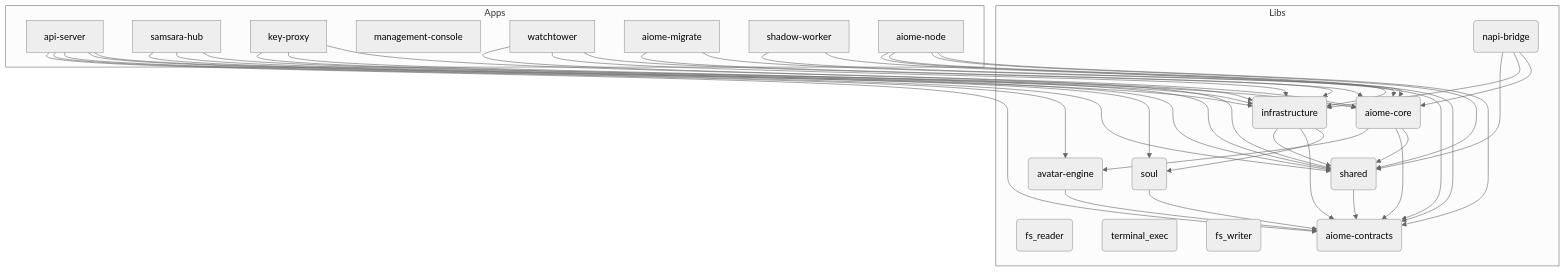
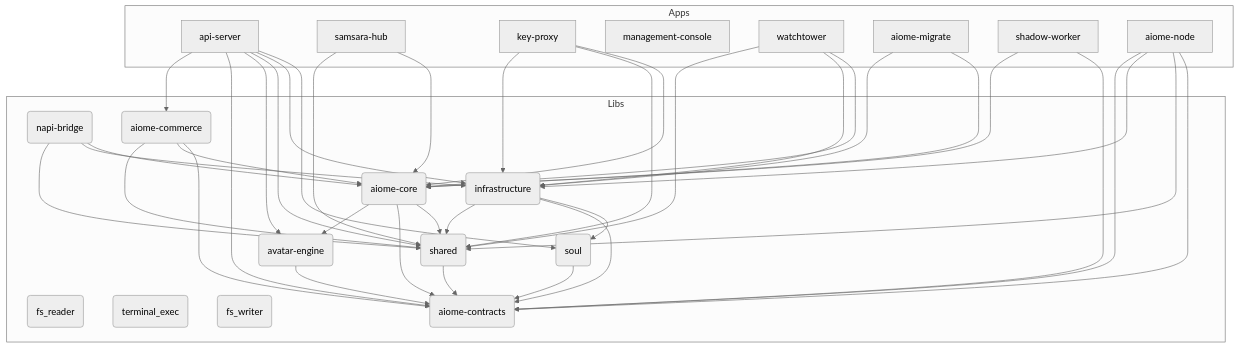
One commit to for4xex-droid/modular-open-claw changed the diagram in ARCHITECTURE.md. Above: the diagram before and after it, drawn with Mermaid (neutral theme). The commit also changed other lines of this file and 64 other files, not shown here.

````diff
--- a/ARCHITECTURE.md
+++ b/ARCHITECTURE.md
@@ -23,61 +23,65 @@
 ```mermaid
 graph TD
     subgraph Apps
         api-server[api-server]
         samsara-hub[samsara-hub]
         key-proxy[key-proxy]
         management-console[management-console]
         watchtower[watchtower]
         aiome-migrate[aiome-migrate]
         shadow-worker[shadow-worker]
         aiome-node[aiome-node]
     end
 
     subgraph Libs
         aiome-core(aiome-core)
         infrastructure(infrastructure)
         shared(shared)
         avatar-engine(avatar-engine)
         fs_reader(fs_reader)
         terminal_exec(terminal_exec)
         fs_writer(fs_writer)
         napi-bridge(napi-bridge)
         aiome-contracts(aiome-contracts)
         soul(soul)
+        aiome-commerce(aiome-commerce)
     end
 
     api-server --> soul
     api-server --> infrastructure
     api-server --> shared
     api-server --> avatar-engine
     api-server --> aiome-contracts
+    api-server --> aiome-commerce
     samsara-hub --> aiome-core
     samsara-hub --> shared
-    samsara-hub --> infrastructure
     key-proxy --> aiome-core
     key-proxy --> shared
     key-proxy --> infrastructure
     aiome-core --> shared
     aiome-core --> aiome-contracts
     aiome-core --> avatar-engine
     infrastructure --> soul
     infrastructure --> aiome-contracts
     infrastructure --> shared
     shared --> aiome-contracts
     avatar-engine --> aiome-contracts
     napi-bridge --> aiome-core
     napi-bridge --> infrastructure
     napi-bridge --> shared
     watchtower --> aiome-core
     watchtower --> infrastructure
     watchtower --> shared
     soul --> aiome-contracts
     aiome-migrate --> aiome-core
     aiome-migrate --> infrastructure
     shadow-worker --> aiome-contracts
     shadow-worker --> aiome-core
     aiome-node --> aiome-contracts
     aiome-node --> shared
     aiome-node --> infrastructure
     aiome-node --> aiome-contracts
+    aiome-commerce --> aiome-contracts
+    aiome-commerce --> aiome-core
+    aiome-commerce --> shared
 ```
````
